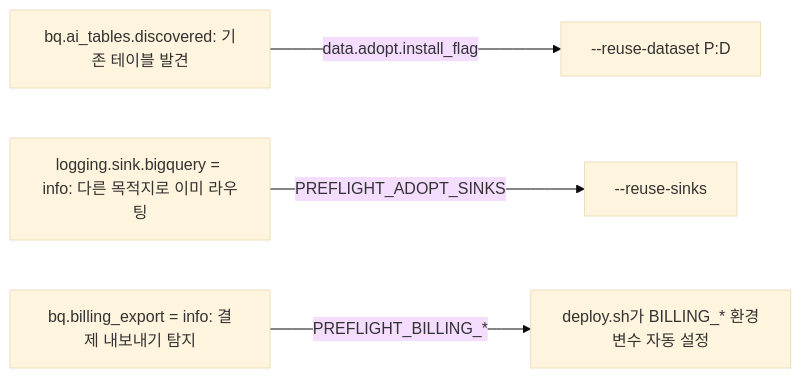
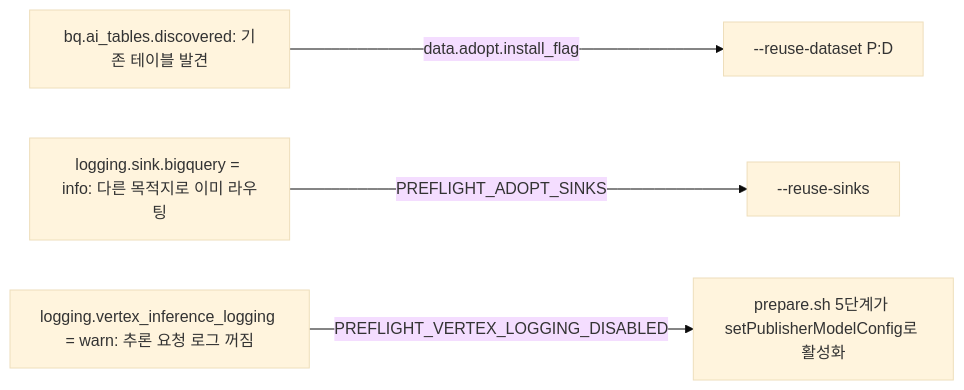
One commit to ldu1225/gcp-ai-usage-caps-api changed the second of 3 diagrams in docs/preflight-checklist.md. Above: the diagram before and after it, drawn with Mermaid (base theme). The commit also changed other lines of this file and 54 other files, not shown here.

````diff
--- a/docs/preflight-checklist.md
+++ b/docs/preflight-checklist.md
@@ -596,6 +602,6 @@
 ```mermaid
 flowchart LR
     A["bq.ai_tables.discovered: 기존 테이블 발견"] -->|"data.adopt.install_flag"| B["--reuse-dataset P:D"]
     C["logging.sink.bigquery = info: 다른 목적지로 이미 라우팅"] -->|"PREFLIGHT_ADOPT_SINKS"| D["--reuse-sinks"]
-    E["bq.billing_export = info: 결제 내보내기 탐지"] -->|"PREFLIGHT_BILLING_*"| F["deploy.sh가 BILLING_* 환경변수 자동 설정"]
+    E["logging.vertex_inference_logging = warn: 추론 요청 로그 꺼짐"] -->|"PREFLIGHT_VERTEX_LOGGING_DISABLED"| F["prepare.sh 5단계가 setPublisherModelConfig로 활성화"]
 ```
````
